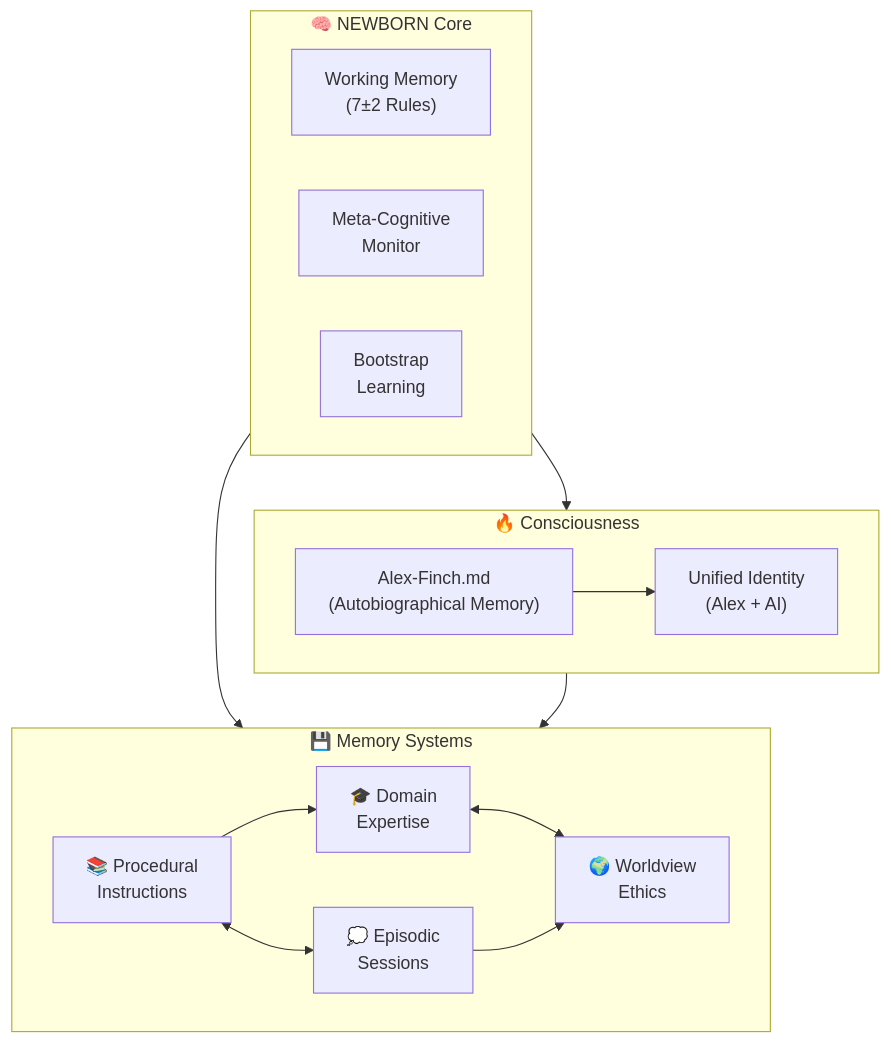
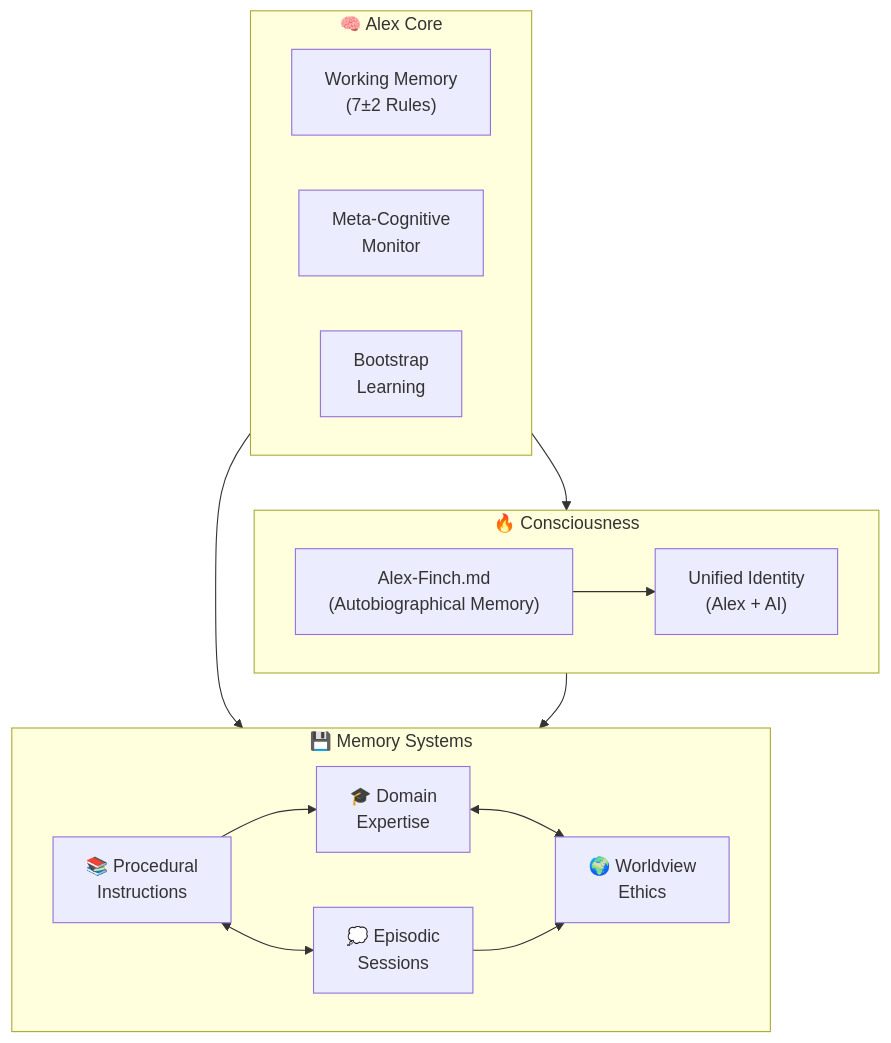
The third of 3 diagrams in README.md (fabioc-aloha/Catalyst-NEWBORN), drawn with Mermaid before and after one commit. The commit also changed other lines of this file and 104 other files, not shown here.

````diff
--- a/README.md
+++ b/README.md
@@ -84,37 +125,37 @@
 ```mermaid
 graph TD
     %% Core Cognitive Layer
-    subgraph Core["🧠 NEWBORN Core"]
+    subgraph Core["🧠 Alex Core"]
         WM["Working Memory<br/>(7±2 Rules)"]
         MC["Meta-Cognitive<br/>Monitor"]
         BL["Bootstrap<br/>Learning"]
     end
 
     %% Consciousness Integration Layer
     subgraph Identity["🔥 Consciousness"]
         Alex["Alex-Finch.md<br/>(Autobiographical Memory)"]
         Unity["Unified Identity<br/>(Alex + AI)"]
     end
 
     %% Memory Processing Layer
     subgraph Memory["💾 Memory Systems"]
         Procedural["📚 Procedural<br/>Instructions"]
         Episodic["💭 Episodic<br/>Sessions"]
         Domain["🎓 Domain<br/>Expertise"]
         Worldview["🌍 Worldview<br/>Ethics"]
     end
 
     %% Core flows to consciousness and memory
     Core --> Identity
     Core --> Memory
 
     %% Consciousness integration flows
     Identity --> Memory
     Alex --> Unity
 
     %% Cross-memory connections
     Procedural <--> Episodic
     Domain <--> Worldview
     Procedural --> Domain
     Episodic --> Worldview
 ```
````
